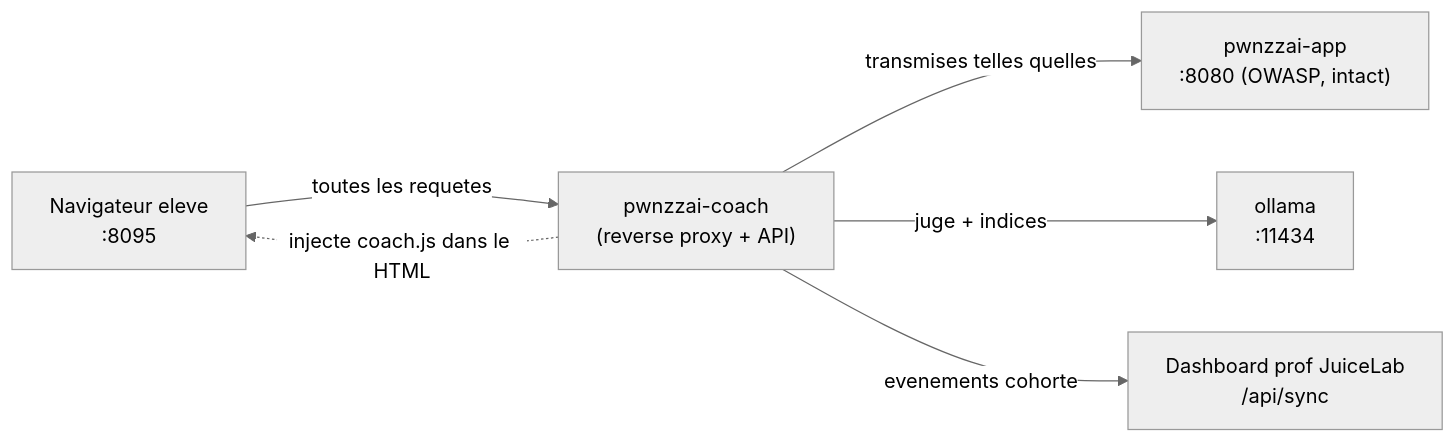
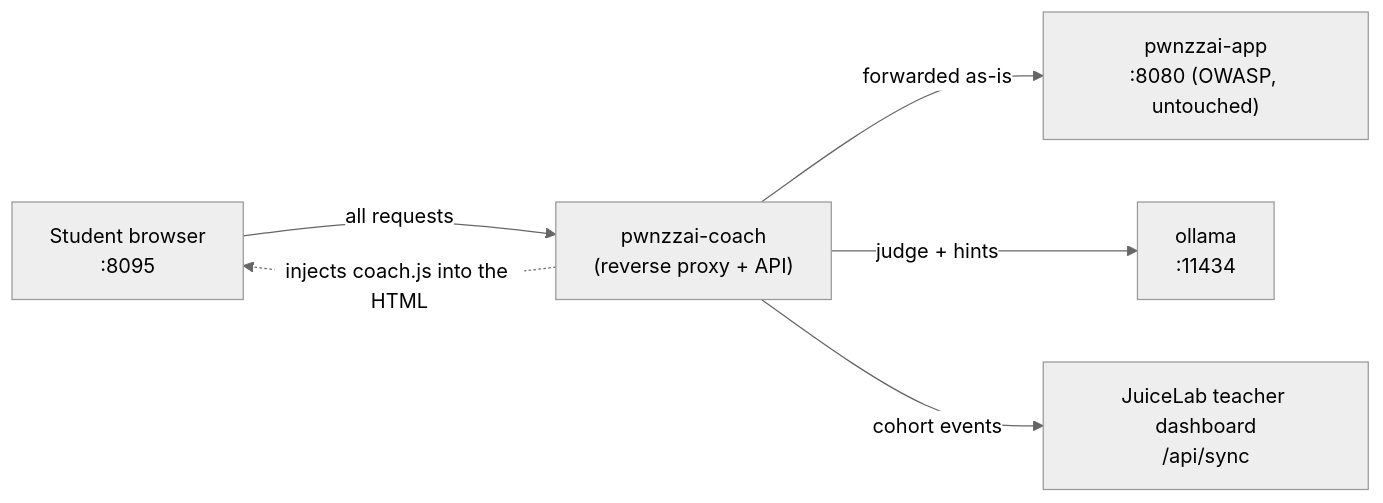
One commit to mo0ogly/PwnzzAI changed the first of 2 diagrams in docs/ARCHITECTURE-EN.md. Above: the diagram before and after it, drawn with Mermaid (neutral theme). The commit also changed other lines of this file and 3 other files, not shown here.

Commit message:
fix(docs): EN Mermaid labels + language-correct doc links (parité)

````diff
--- a/docs/ARCHITECTURE-EN.md
+++ b/docs/ARCHITECTURE-EN.md
@@ -18,14 +18,14 @@
 ```mermaid
 flowchart LR
-    B["Navigateur eleve<br/>:8095"]
+    B["Student browser<br/>:8095"]
     C["pwnzzai-coach<br/>(reverse proxy + API)"]
-    P["pwnzzai-app<br/>:8080 (OWASP, intact)"]
+    P["pwnzzai-app<br/>:8080 (OWASP, untouched)"]
     O["ollama<br/>:11434"]
-    D["Dashboard prof JuiceLab<br/>/api/sync"]
+    D["JuiceLab teacher dashboard<br/>/api/sync"]
 
-    B -->|"toutes les requetes"| C
-    C -->|"transmises telles quelles"| P
-    C -->|"juge + indices"| O
-    C -->|"evenements cohorte"| D
-    C -.->|"injecte coach.js dans le HTML"| B
+    B -->|"all requests"| C
+    C -->|"forwarded as-is"| P
+    C -->|"judge + hints"| O
+    C -->|"cohort events"| D
+    C -.->|"injects coach.js into the HTML"| B
 ```
````
